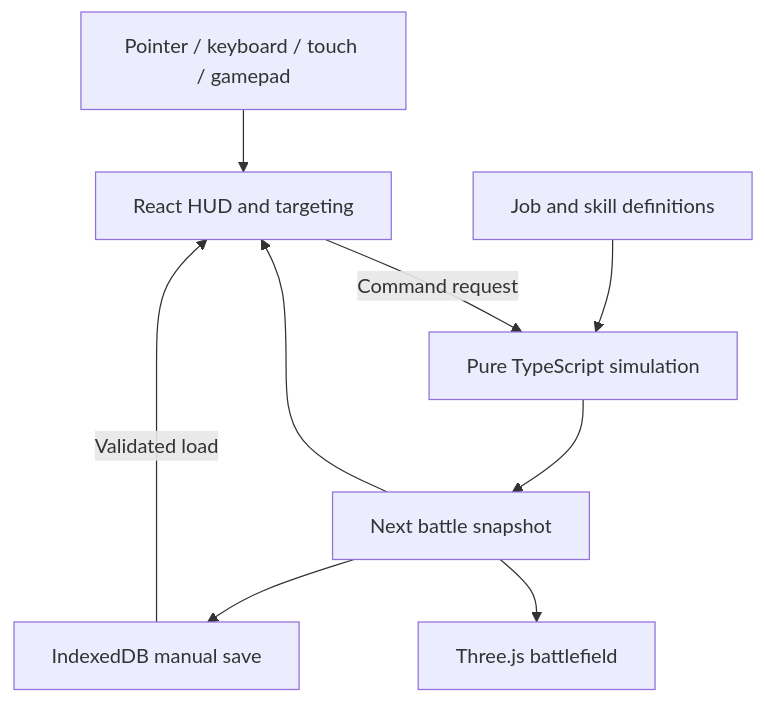
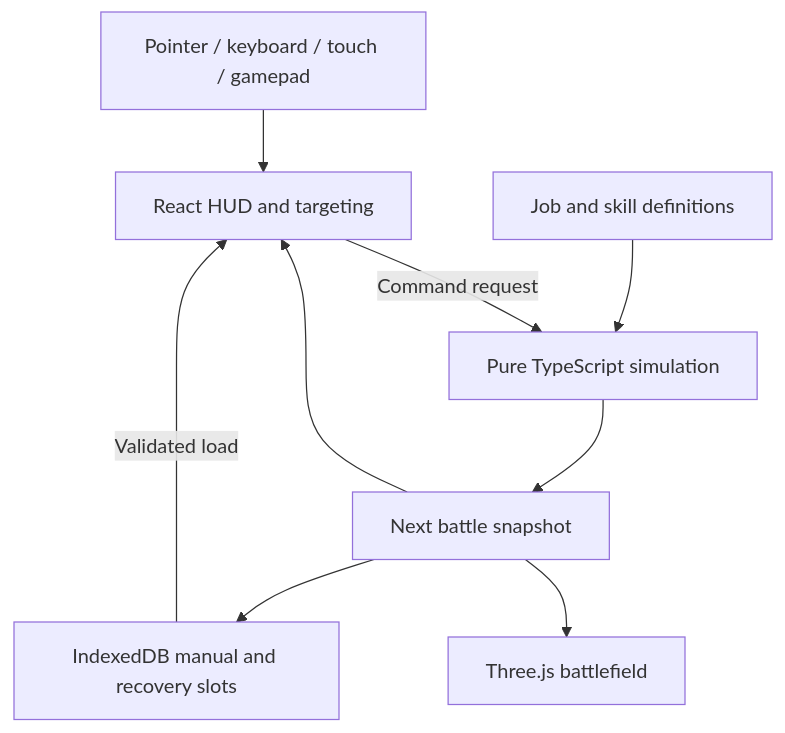
Before and after one commit to CptNope/Echoes-of-the-Shattered-Crown: the second of 2 diagrams in README.md, drawn with Mermaid. The commit also changed other lines of this file and 20 other files, not shown here.

````diff
--- a/README.md
+++ b/README.md
@@ -125,11 +127,11 @@
 ```mermaid
 flowchart TB
     Input[Pointer / keyboard / touch / gamepad] --> UI[React HUD and targeting]
     UI -->|Command request| Engine[Pure TypeScript simulation]
     Data[Job and skill definitions] --> Engine
     Engine --> State[Next battle snapshot]
     State --> UI
     State --> Scene[Three.js battlefield]
-    State --> Save[IndexedDB manual save]
+    State --> Save[IndexedDB manual and recovery slots]
     Save -->|Validated load| UI
 ```
````
